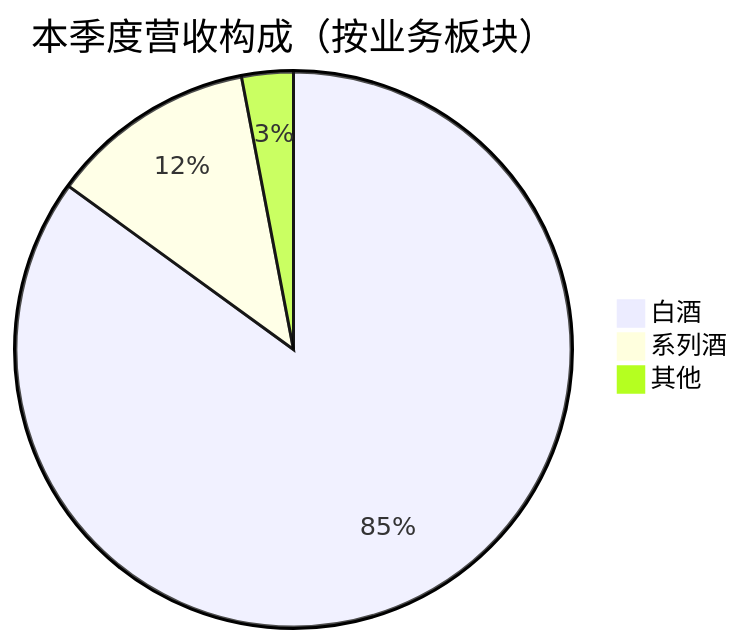
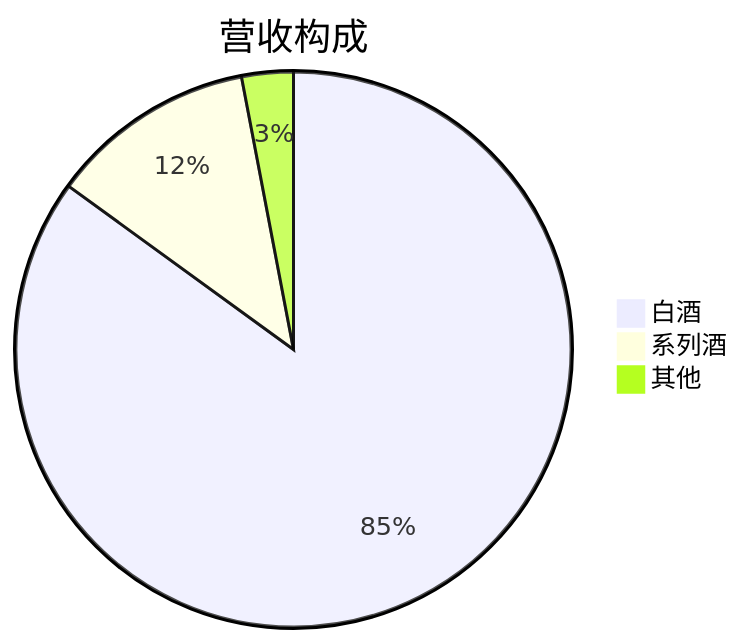
The diagram in equity-earnings-analysis/references/README.md (Sword-Wen/skills), drawn with Mermaid before and after one commit. The commit also changed other lines of this file, not shown here.

````diff
--- a/equity-earnings-analysis/references/README.md
+++ b/equity-earnings-analysis/references/README.md
@@ -69,6 +34,6 @@
 ```mermaid
-pie title 本季度营收构成（按业务板块）
+pie title 营收构成
     "白酒" : 85
     "系列酒" : 12
     "其他" : 3
 ```
````
